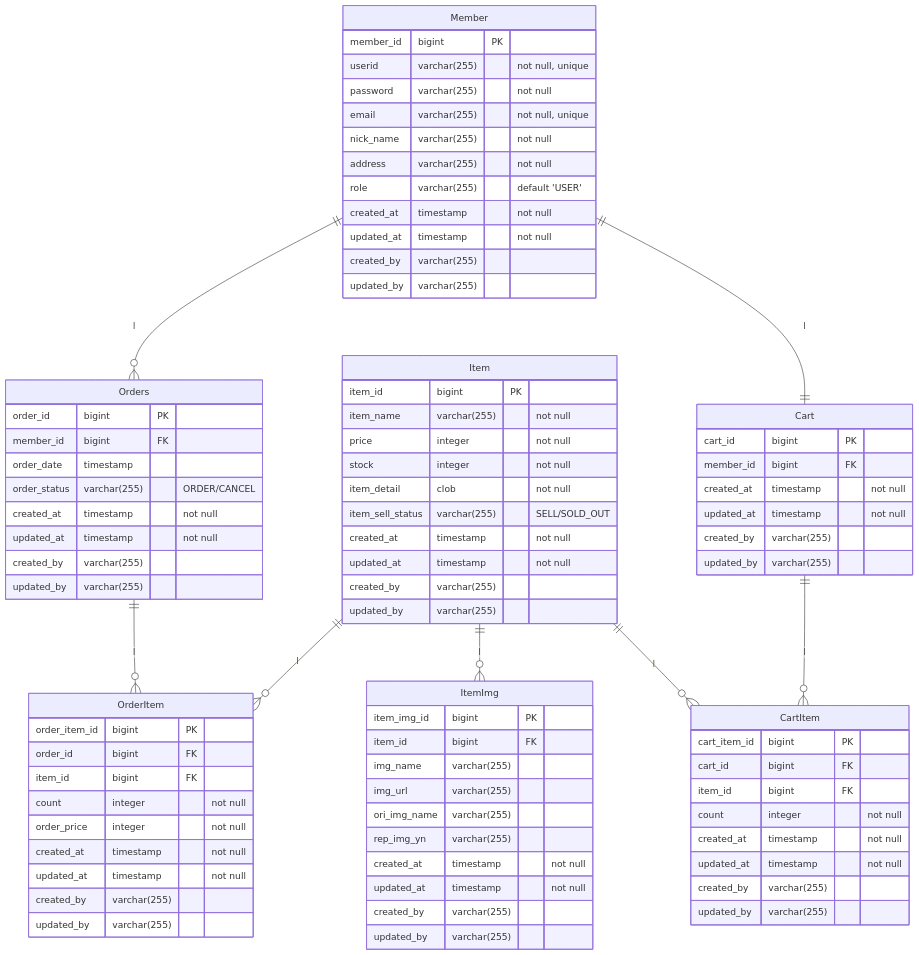
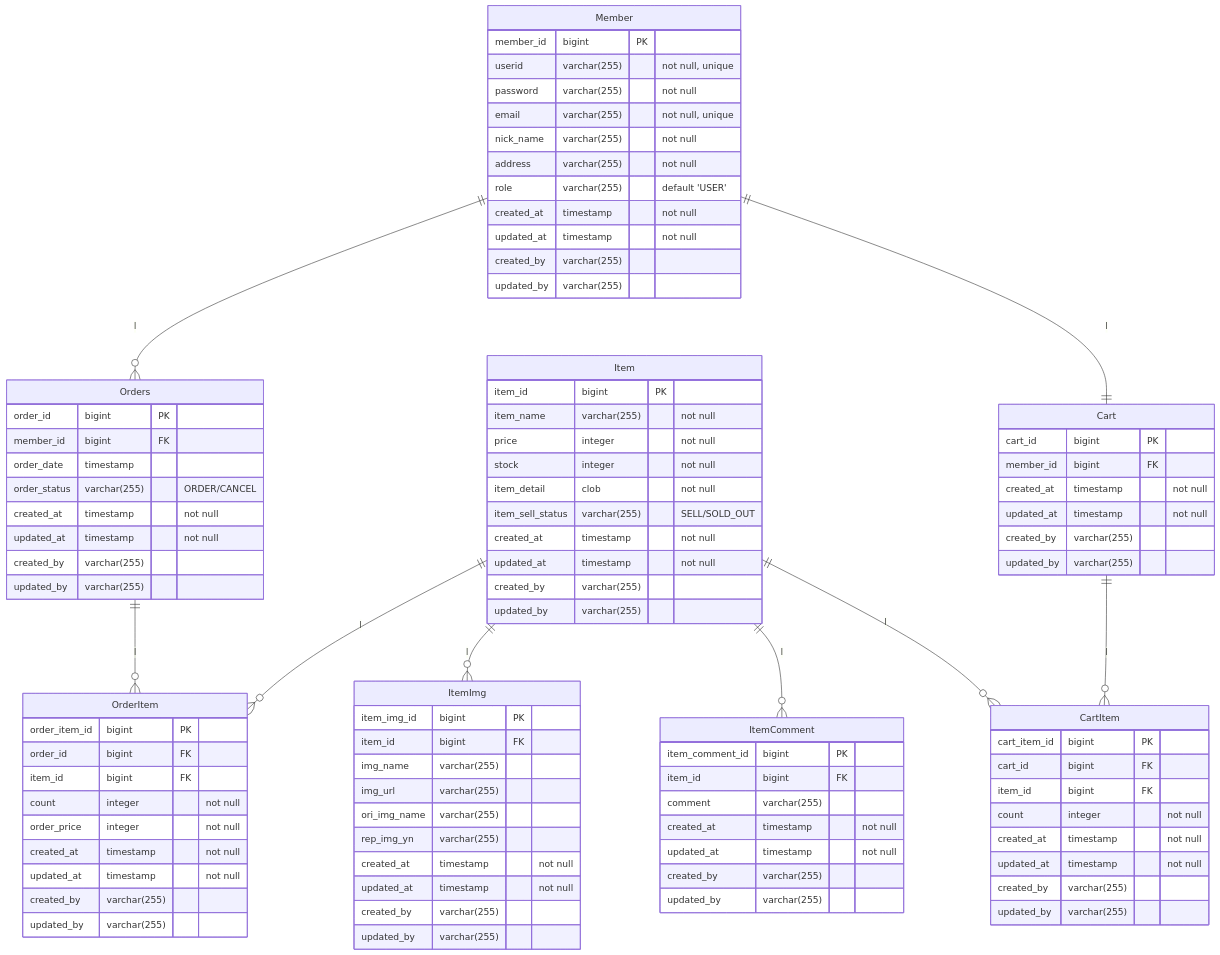
The diagram in README.md (beeguriri/ShoppingMall_Project), drawn with Mermaid before and after one commit. The commit also changed other lines of this file and 19 other files, not shown here.

```diff
--- a/README.md
+++ b/README.md
@@ -100,6 +104,7 @@
     updated_by varchar(255)
   }
   Item ||--o{ ItemImg : l
+  Item ||--o{ ItemComment : l
   ItemImg{
     item_img_id bigint PK ""
     item_id bigint FK
@@ -107,6 +112,15 @@
     img_url varchar(255)
     ori_img_name varchar(255)
     rep_img_yn varchar(255)
+    created_at timestamp "not null"
+    updated_at timestamp "not null"
+    created_by varchar(255)
+    updated_by varchar(255)
+  }
+  ItemComment{
+    item_comment_id bigint PK ""
+    item_id bigint FK
+    comment varchar(255)
     created_at timestamp "not null"
     updated_at timestamp "not null"
     created_by varchar(255)
```
